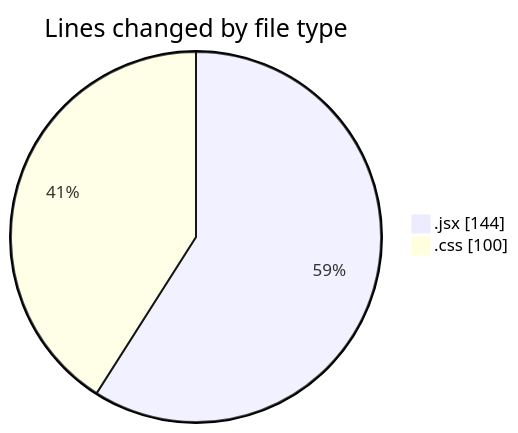
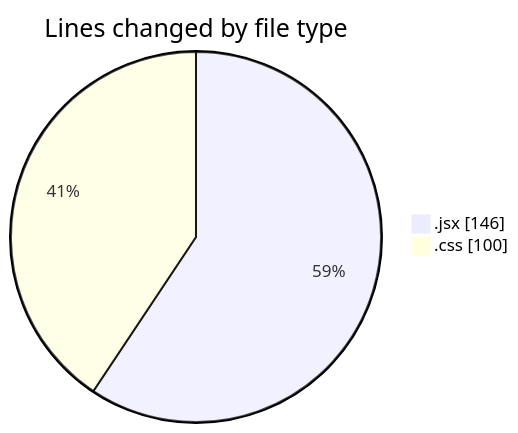
One commit to Elitesun/code-tracking changed the first of 2 diagrams in 2025-03-08/elitesgpt/README.md. Above: the diagram before and after it, drawn with Mermaid. The commit also changed other lines of this file and 1 other file, not shown here.

````diff
--- a/2025-03-08/elitesgpt/README.md
+++ b/2025-03-08/elitesgpt/README.md
@@ -22,6 +22,6 @@
 ```mermaid
 pie showData
 title Lines changed by file type
-".jsx" : 144
+".jsx" : 146
 ".css" : 100
 ```
````
